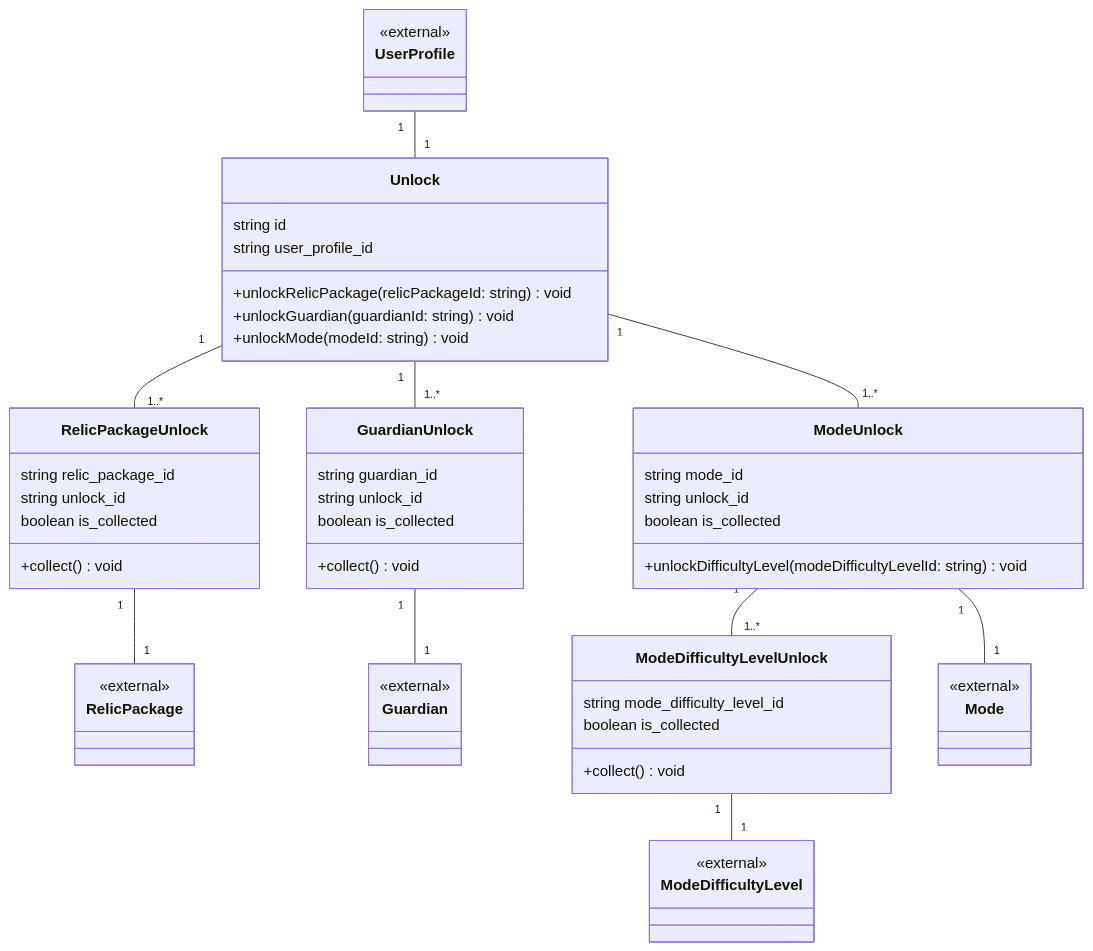
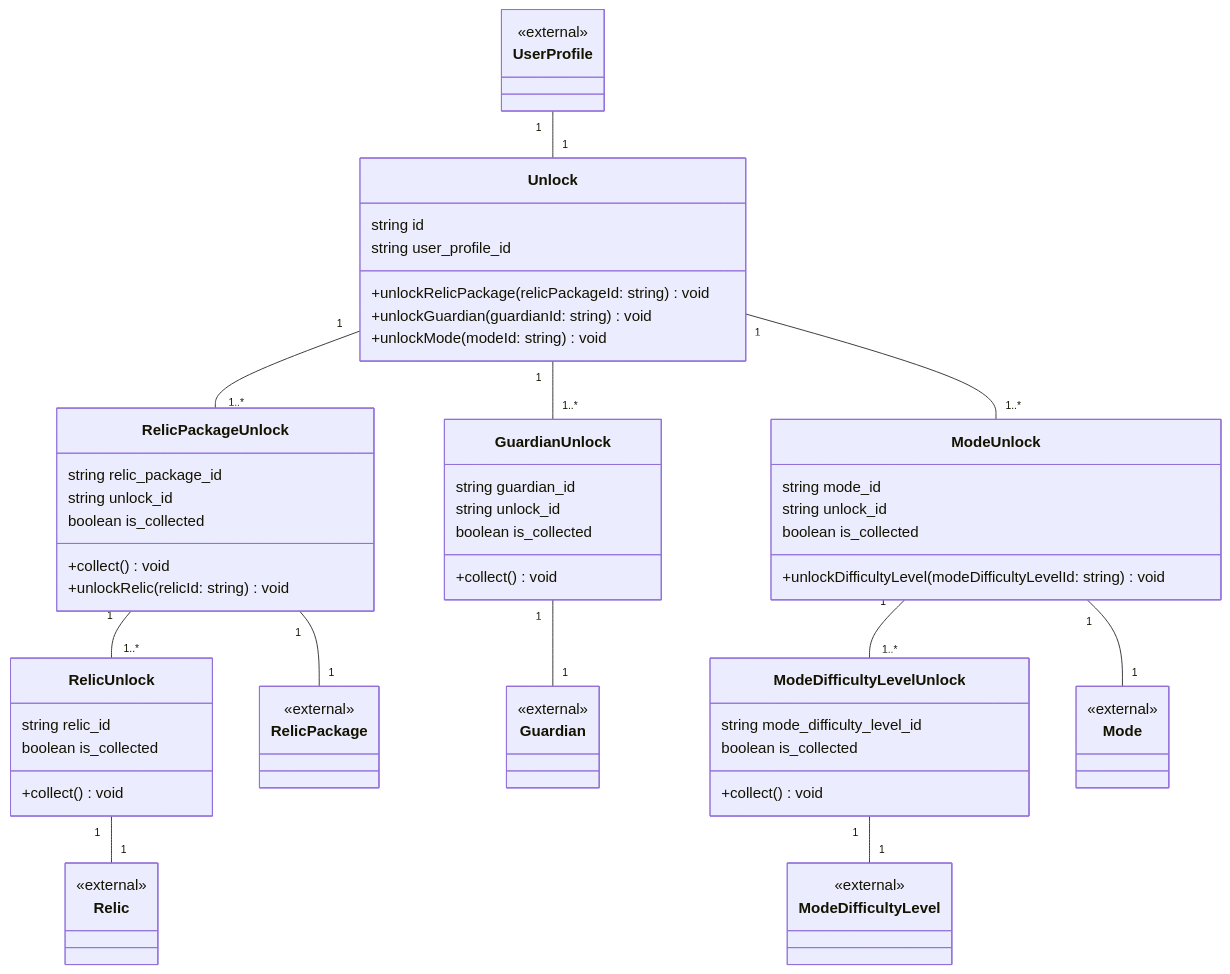
Before and after one commit to CrossStarAdmin/CalculationLabyrinth: the diagram in docs/domain-model/02-unlock.md, drawn with Mermaid. The commit also changed 17 other files, not shown here.

```diff
--- a/docs/domain-model/02-unlock.md
+++ b/docs/domain-model/02-unlock.md
@@ -18,6 +18,13 @@
 class RelicPackageUnlock {
     string relic_package_id
     string unlock_id
+    boolean is_collected
+    +collect() void
+    +unlockRelic(relicId: string) void
+}
+
+class RelicUnlock {
+    string relic_id
     boolean is_collected
     +collect() void
 }
@@ -51,6 +58,9 @@
 class RelicPackage {
     <<external>>
 }
+class Relic {
+    <<external>>
+}
 
 %% 外部（09-guardian.md）
 class Guardian {
@@ -67,11 +77,13 @@
 
 UserProfile "1" -- "1" Unlock
 Unlock "1" -- "1..*" RelicPackageUnlock
+RelicPackageUnlock "1" -- "1..*" RelicUnlock
 Unlock "1" -- "1..*" GuardianUnlock
 Unlock "1" -- "1..*" ModeUnlock
 ModeUnlock "1" -- "1..*" ModeDifficultyLevelUnlock
 
 RelicPackageUnlock "1" -- "1" RelicPackage
+RelicUnlock "1" -- "1" Relic
 GuardianUnlock "1" -- "1" Guardian
 ModeUnlock "1" -- "1" Mode
 ModeDifficultyLevelUnlock "1" -- "1" ModeDifficultyLevel
```
